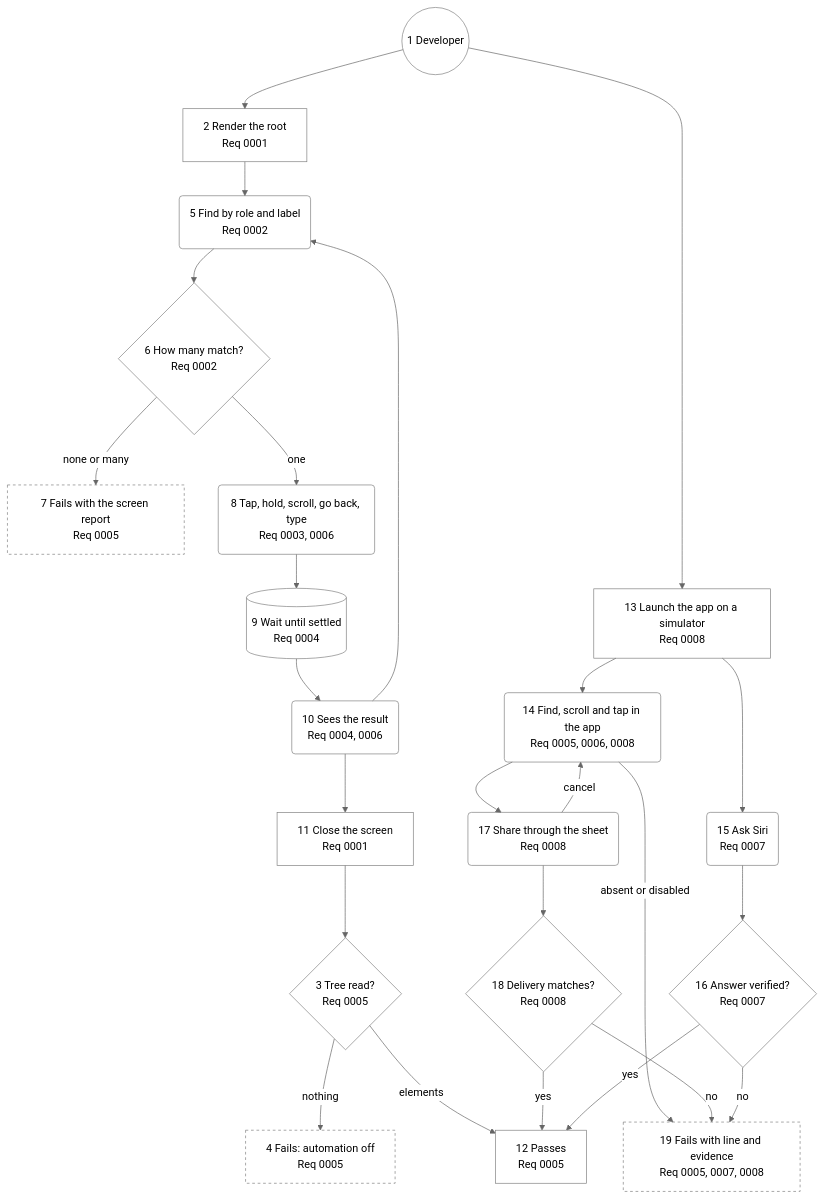
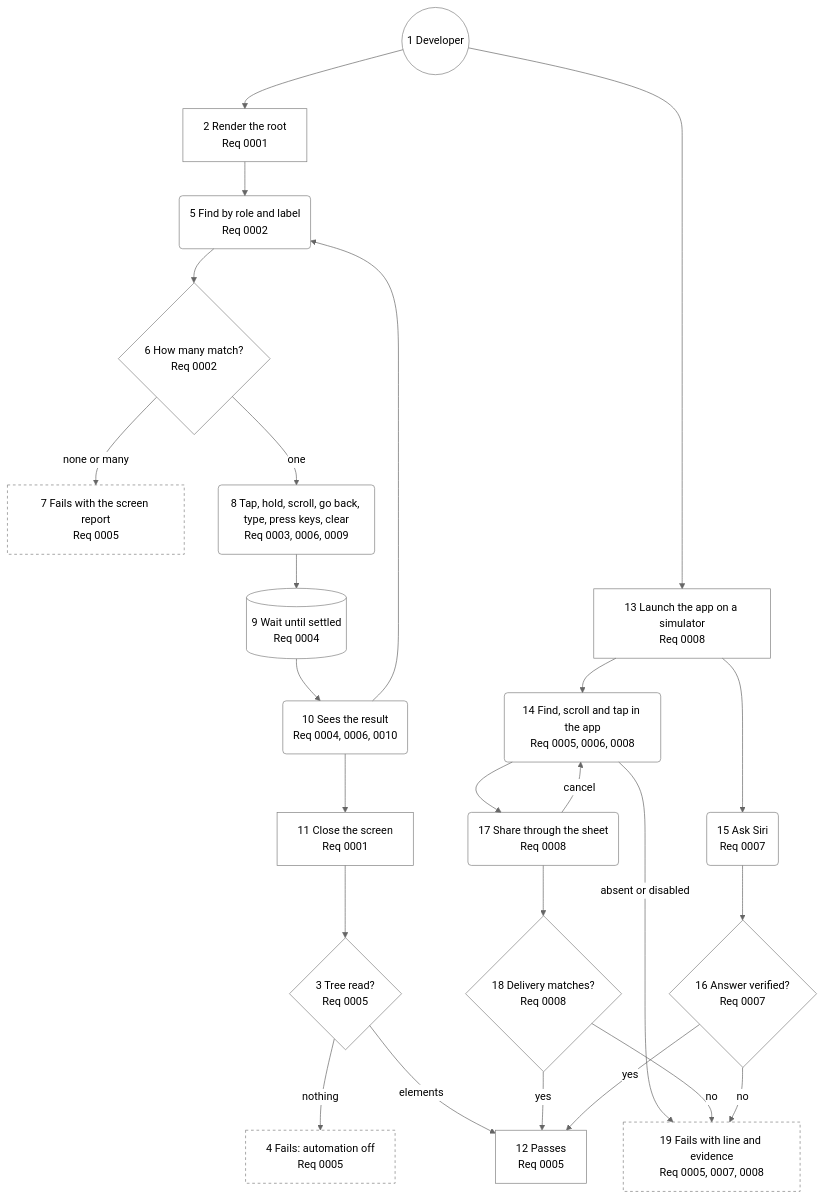
Before and after one commit to may-journal/apple-ui-testing-library: the diagram in docs/architecture/05-user-journey.md, drawn with Mermaid (neutral theme). The commit also changed other lines of this file and 21 other files, not shown here.

First line of the commit message:
feat(actions): press keys, watch for a set time and see the share sheet (#66)

````diff
--- a/docs/architecture/05-user-journey.md
+++ b/docs/architecture/05-user-journey.md
@@ -13,54 +13,54 @@
 ```mermaid
 flowchart TB
     dev((1 Developer)):::persona
     render[2 Render the root<br/>Req 0001]:::step
     canary{3 Tree read?<br/>Req 0005}:::check
     empty[4 Fails: automation off<br/>Req 0005]:::blocked
     find(5 Find by role and label<br/>Req 0002):::action
     match{6 How many match?<br/>Req 0002}:::check
     missing[7 Fails with the screen report<br/>Req 0005]:::blocked
-    act(8 Tap, hold, scroll, go back, type<br/>Req 0003, 0006):::action
+    act(8 Tap, hold, scroll, go back, type, press keys, clear<br/>Req 0003, 0006, 0009):::action
     settle[(9 Wait until settled<br/>Req 0004)]:::system
-    sees(10 Sees the result<br/>Req 0004, 0006):::action
+    sees(10 Sees the result<br/>Req 0004, 0006, 0010):::action
     close[11 Close the screen<br/>Req 0001]:::step
     passes[12 Passes<br/>Req 0005]:::step
     launch[13 Launch the app on a simulator<br/>Req 0008]:::step
     tap(14 Find, scroll and tap in the app<br/>Req 0005, 0006, 0008):::action
     siri(15 Ask Siri<br/>Req 0007):::action
     answer{16 Answer verified?<br/>Req 0007}:::check
     share(17 Share through the sheet<br/>Req 0008):::action
     delivery{18 Delivery matches?<br/>Req 0008}:::check
     sysFails[19 Fails with line and evidence<br/>Req 0005, 0007, 0008]:::blocked
 
     dev --> render
     render --> find
     find --> match
     match -->|one| act
     match -->|none or many| missing
     act --> settle
     settle --> sees
     sees --> find
     sees --> close
     close --> canary
     canary -->|nothing| empty
     canary -->|elements| passes
     dev --> launch
     launch --> tap
     launch --> siri
     tap -->|absent or disabled| sysFails
     tap --> share
     share -->|cancel| tap
     share --> delivery
     delivery -->|yes| passes
     delivery -->|no| sysFails
     siri --> answer
     answer -->|yes| passes
     answer -->|no| sysFails
 
     classDef persona fill:none,stroke:gray
     classDef step fill:none,stroke:gray
     classDef action fill:none,stroke:gray
     classDef check fill:none,stroke:gray
     classDef system fill:none,stroke:gray
     classDef blocked fill:none,stroke:gray,stroke-dasharray:4
 ```
````
